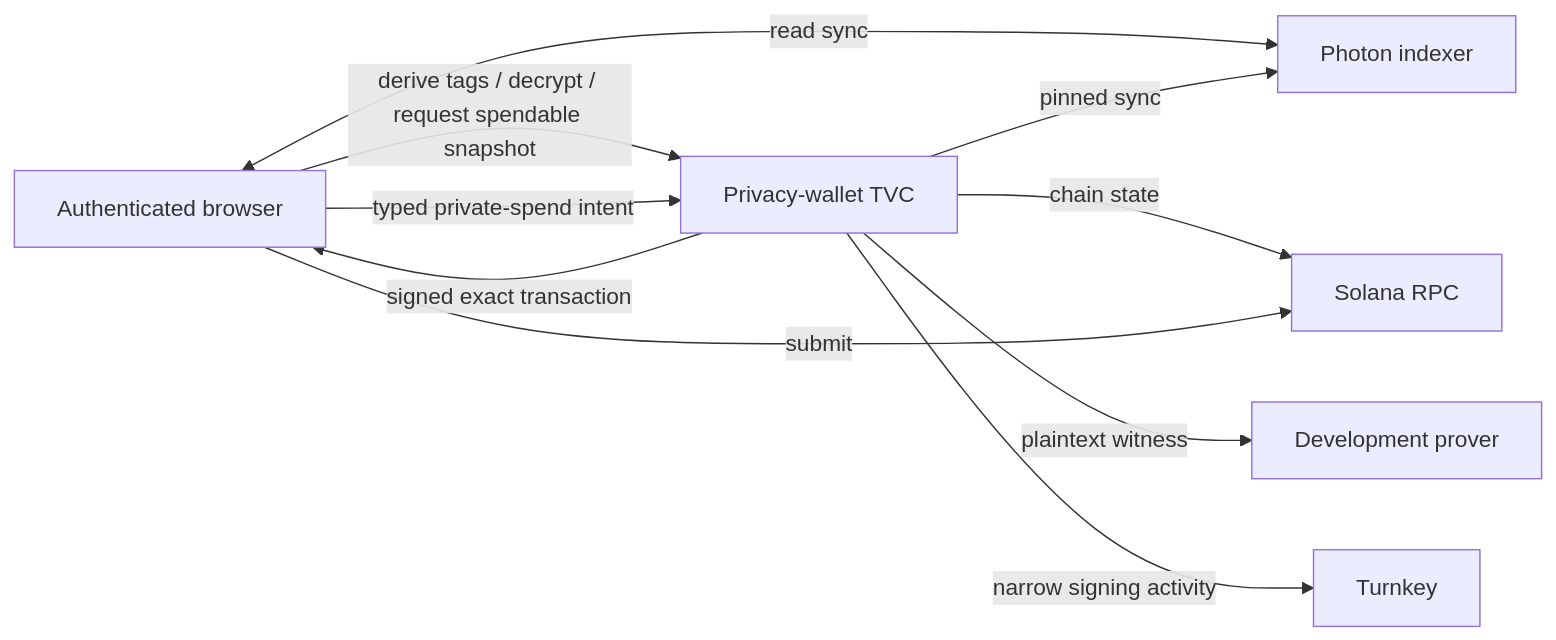
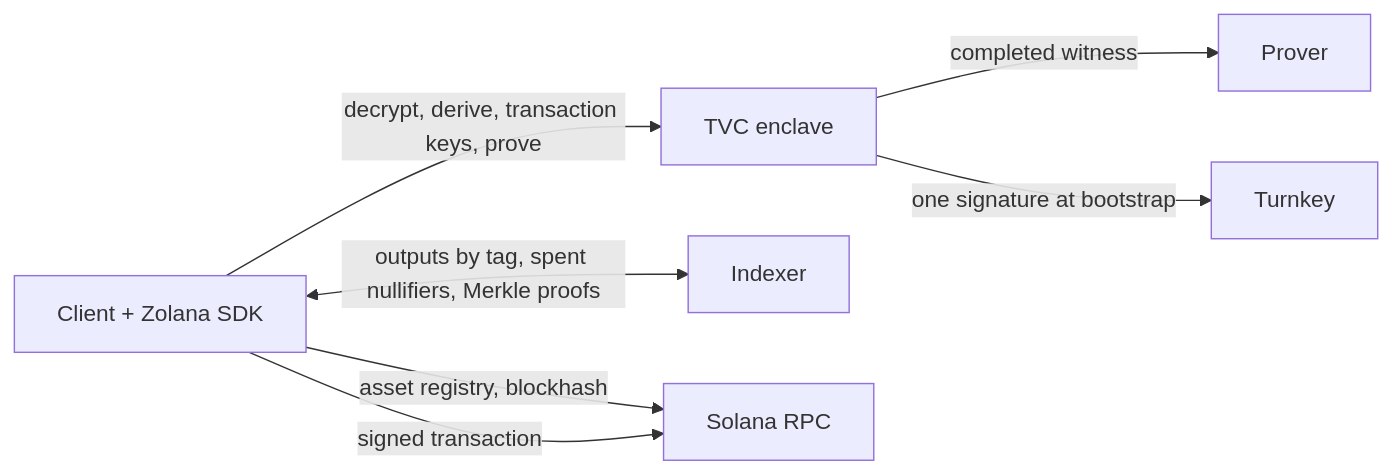
One commit to helius-labs/zolana-tvc changed the diagram in README.md. Above: the diagram before and after it, drawn with Mermaid. The commit also changed other lines of this file and 206 other files, not shown here.

First line of the commit message:
refactor: composition with default ts sdks by WalletKeys (#3)

````diff
--- a/README.md
+++ b/README.md
@@ -88,19 +26,16 @@
 ```mermaid
 flowchart LR
-    B[Authenticated browser]
-    T[Privacy-wallet TVC]
+    C[Client + Zolana SDK]
+    T[TVC enclave]
     K[Turnkey]
-    I[Photon indexer]
-    P[Development prover]
+    I[Indexer]
+    P[Prover]
     S[Solana RPC]
 
-    B -->|derive tags / decrypt / request spendable snapshot| T
-    B <-->|read sync| I
-    B -->|typed private-spend intent| T
-    T -->|pinned sync| I
-    T -->|chain state| S
-    T -->|plaintext witness| P
-    T -->|narrow signing activity| K
-    T -->|signed exact transaction| B
-    B -->|submit| S
+    C -->|decrypt, derive, transaction keys, prove| T
+    C <-->|outputs by tag, spent nullifiers, Merkle proofs| I
+    C -->|asset registry, blockhash| S
+    T -->|completed witness| P
+    T -->|one signature at bootstrap| K
+    C -->|signed transaction| S
 ```
````
